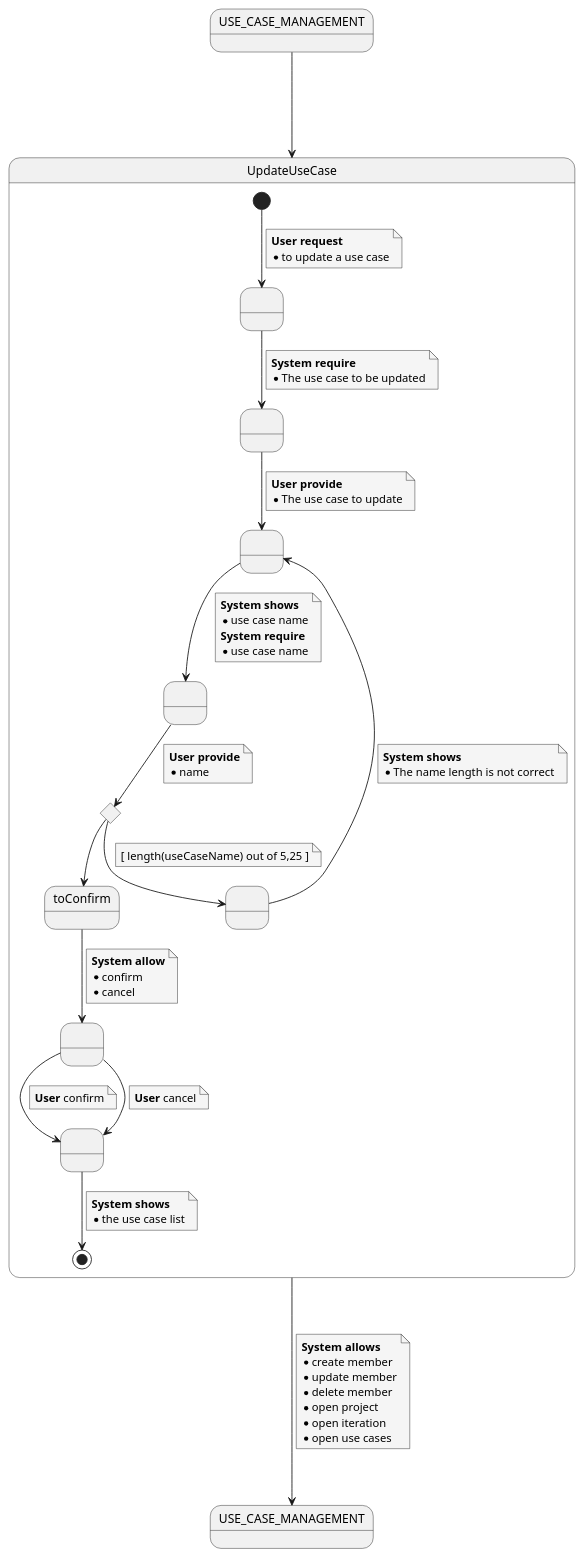
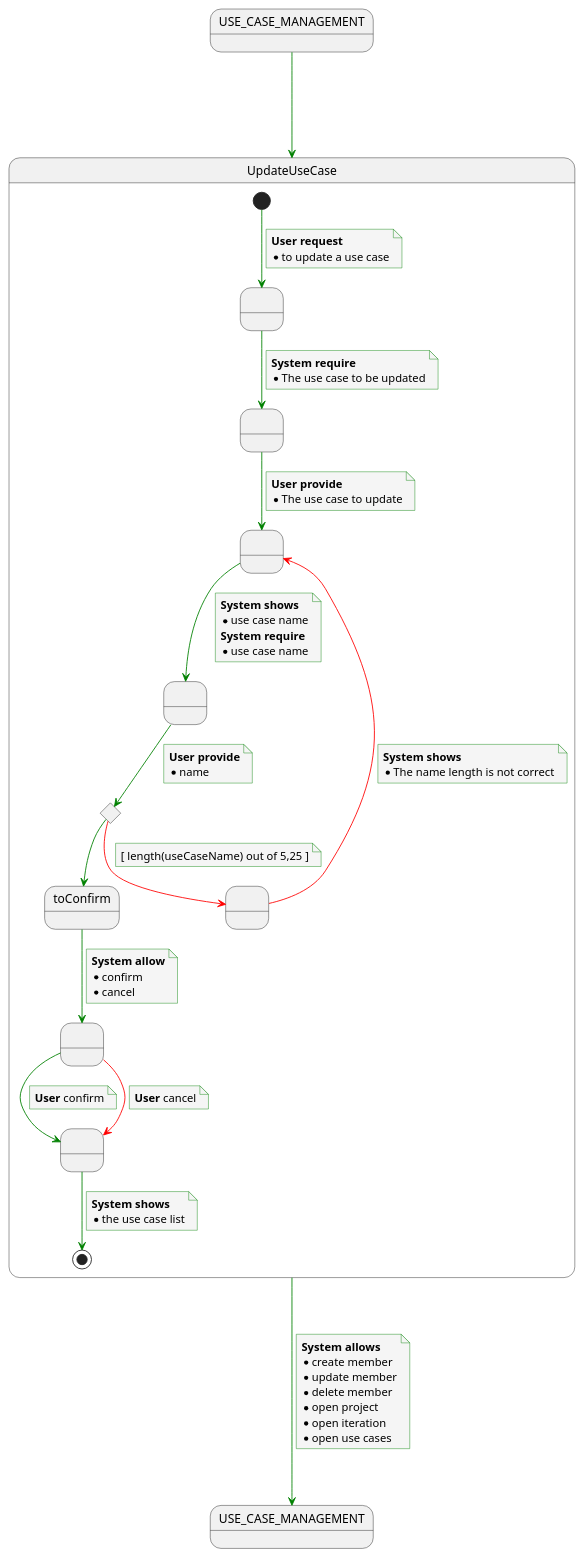
One commit to rup-projects/rup-projects changed the diagram in documentation/usecasesview/specifications/usecases/UpdateUseCase.puml. Above: the diagram before and after it, drawn with PlantUML. The commit also changed 18 other files, not shown here.

Commit message:
Especificacion de caso de uso : añado skinParams, para remarcar el successfull flow, en vez de pintar los nodos en verde pintamos las flechas en verde,de modo que si es un camino de canceler o fallo de validacion la flecha se muestra en rojo. Queda mas claro de un vistazo cual es el camino principal

```diff
--- a/documentation/usecasesview/specifications/usecases/UpdateUseCase.puml
+++ b/documentation/usecasesview/specifications/usecases/UpdateUseCase.puml
@@ -1,96 +1,99 @@
 @startuml
-skinparam NoteBackgroundColor #whiteSmoke
-
+    skinparam {
+        NoteBackgroundColor #whiteSmoke
+        ArrowColor #green
+        NoteBorderColor #green
+    }
 
 'Initial/end states
 state init as "USE_CASE_MANAGEMENT"
 state end as "USE_CASE_MANAGEMENT"
 
 init ---> UpdateUseCase
 UpdateUseCase ---> end
 note on link
 <b>System allows</b>
 * create member
 * update member
 * delete member
 * open project
 * open iteration
 * open use cases
 end note
 
 'Use case specfication
 state UpdateUseCase {
     state updateOrdered as " "
     state requiredUseCaseToUpdate as " "
     state selectedUseCase as " "
     state editUseCase as " "
     state editedUseCase  <<choice>>
     state requireToConfirm  as " "
     state savedUseCase as " "
     state errorValidation as " "
 
     'Main path
     [*] --> updateOrdered
     note on link
         <b>User request</b>
         * to update a use case
     end note
     updateOrdered --> requiredUseCaseToUpdate
     note on link
         <b>System require</b>
         * The use case to be updated
     end note
     requiredUseCaseToUpdate --> selectedUseCase
     note on link
         <b>User provide</b>
         * The use case to update
     end note
     selectedUseCase --> editUseCase
     note on link
         <b>System shows</b>
         * use case name
         <b>System require</b>
         * use case name
     end note
     editUseCase --> editedUseCase
     note on link
         <b>User provide</b>
         * name
     end note
     editedUseCase --> toConfirm
     toConfirm --> requireToConfirm
             note on link
             <b>System allow</b>
             * confirm
             * cancel
             end note
     requireToConfirm --> savedUseCase
         note on link
         <b>User</b> confirm
         end note
     savedUseCase --> [*]
            note on link
            <b>System shows</b>
            * the use case list
            end note
 
     'variation path
-    editedUseCase --> errorValidation
+    editedUseCase -[#red]-> errorValidation
         note on link
         [ length(useCaseName) out of 5,25 ]
         end note
 
-    errorValidation --> selectedUseCase
+    errorValidation -[#red]-> selectedUseCase
             note on link
             <b>System shows</b>
             * The name length is not correct
             end note
 
     'variation path
-    requireToConfirm --> savedUseCase
+    requireToConfirm -[#red]-> savedUseCase
     note on link
           <b>User</b> cancel
     end note
 }
 
 @enduml
```
